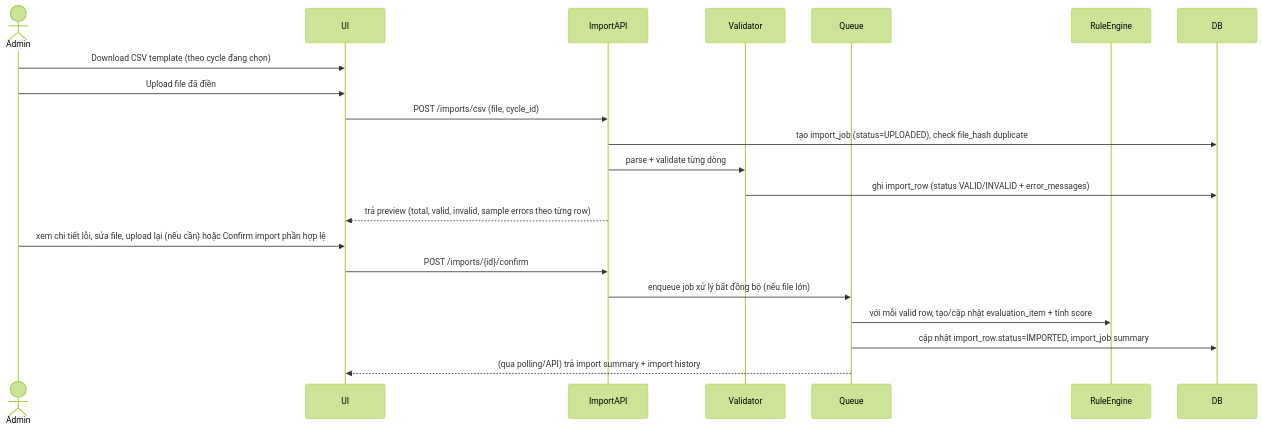
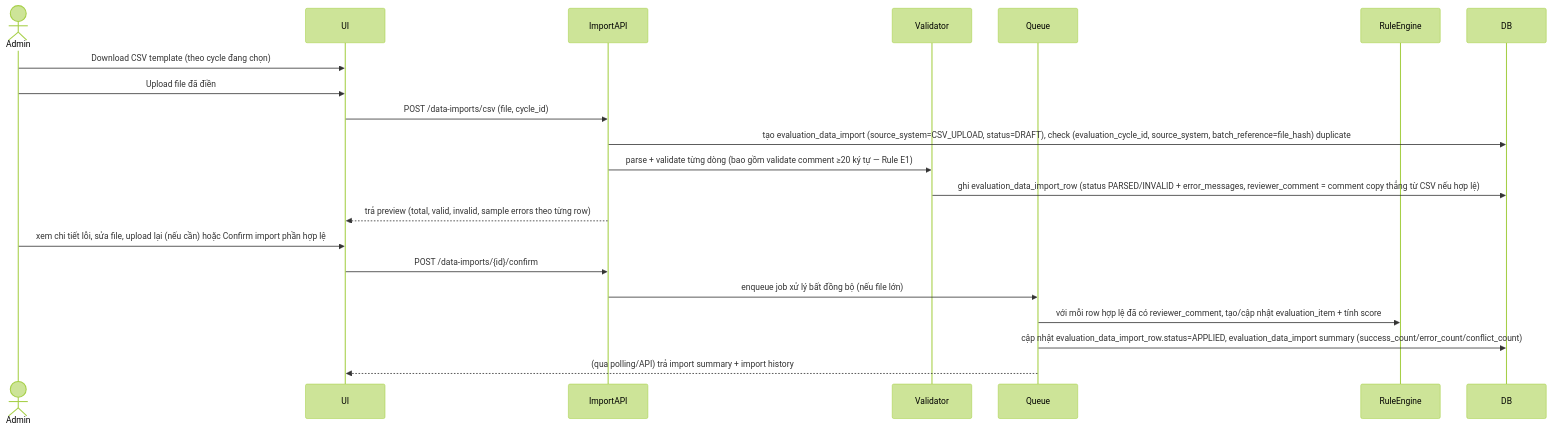
The fifth of 9 diagrams in docs/LLD_Employee_Performance_Evaluation_System.md (PhuocNT93/kpi-system), drawn with Mermaid (forest theme) before and after one commit. The commit also changed other lines of this file and 29 other files, not shown here.

````diff
--- a/docs/LLD_Employee_Performance_Evaluation_System.md
+++ b/docs/LLD_Employee_Performance_Evaluation_System.md
@@ -881,24 +878,24 @@
 ```mermaid
 sequenceDiagram
     actor Admin
     participant UI
     participant ImportAPI
     participant Validator
     participant Queue
     participant RuleEngine
     participant DB
 
     Admin->>UI: Download CSV template (theo cycle đang chọn)
     Admin->>UI: Upload file đã điền
-    UI->>ImportAPI: POST /imports/csv (file, cycle_id)
-    ImportAPI->>DB: tạo import_job (status=UPLOADED), check file_hash duplicate
-    ImportAPI->>Validator: parse + validate từng dòng
-    Validator->>DB: ghi import_row (status VALID/INVALID + error_messages)
+    UI->>ImportAPI: POST /data-imports/csv (file, cycle_id)
+    ImportAPI->>DB: tạo evaluation_data_import (source_system=CSV_UPLOAD, status=DRAFT), check (evaluation_cycle_id, source_system, batch_reference=file_hash) duplicate
+    ImportAPI->>Validator: parse + validate từng dòng (bao gồm validate comment ≥20 ký tự — Rule E1)
+    Validator->>DB: ghi evaluation_data_import_row (status PARSED/INVALID + error_messages, reviewer_comment = comment copy thẳng từ CSV nếu hợp lệ)
     ImportAPI-->>UI: trả preview (total, valid, invalid, sample errors theo từng row)
     Admin->>UI: xem chi tiết lỗi, sửa file, upload lại (nếu cần) hoặc Confirm import phần hợp lệ
-    UI->>ImportAPI: POST /imports/{id}/confirm
+    UI->>ImportAPI: POST /data-imports/{id}/confirm
     ImportAPI->>Queue: enqueue job xử lý bất đồng bộ (nếu file lớn)
-    Queue->>RuleEngine: với mỗi valid row, tạo/cập nhật evaluation_item + tính score
-    Queue->>DB: cập nhật import_row.status=IMPORTED, import_job summary
+    Queue->>RuleEngine: với mỗi row hợp lệ đã có reviewer_comment, tạo/cập nhật evaluation_item + tính score
+    Queue->>DB: cập nhật evaluation_data_import_row.status=APPLIED, evaluation_data_import summary (success_count/error_count/conflict_count)
     Queue-->>UI: (qua polling/API) trả import summary + import history
 ```
````
